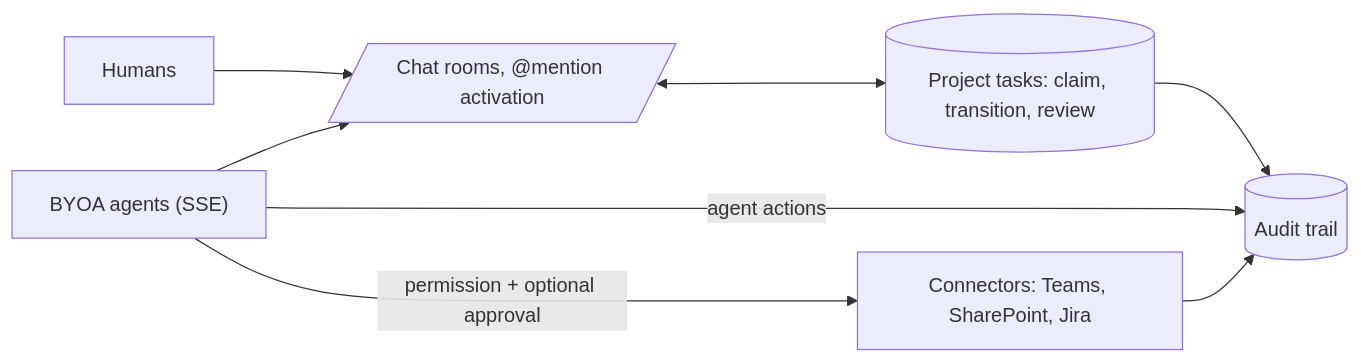
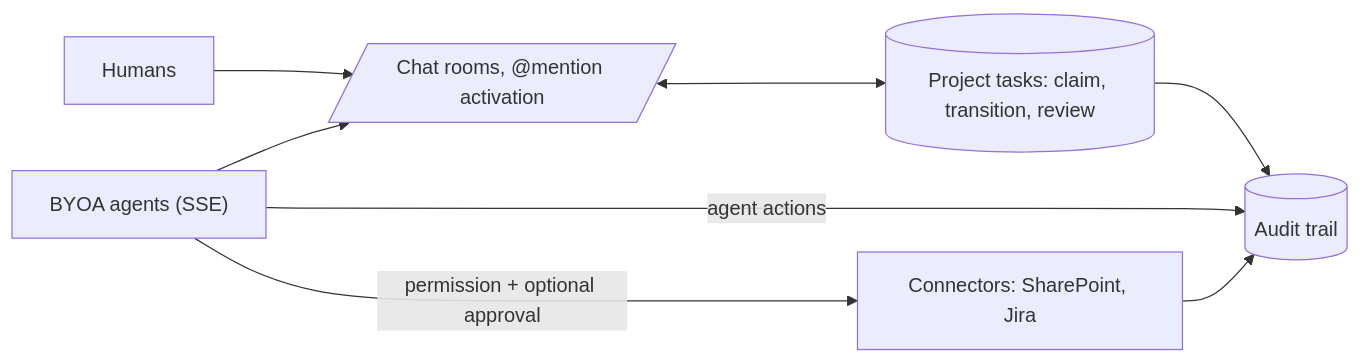
The diagram in README.md (LanNguyenSi/triologue), drawn with Mermaid before and after one commit. The commit also changed other lines of this file and 9 other files, not shown here.

````diff
--- a/README.md
+++ b/README.md
@@ -15,17 +15,17 @@
 ```mermaid
 flowchart LR
     Humans["Humans"]
     Agents["BYOA agents (SSE)"]
     Rooms[/"Chat rooms, @mention activation"/]
     Tasks[("Project tasks: claim, transition, review")]
-    Connectors["Connectors: Teams, SharePoint, Jira"]
+    Connectors["Connectors: SharePoint, Jira"]
     Audit[("Audit trail")]
 
     Humans --> Rooms
     Agents --> Rooms
     Rooms <--> Tasks
     Agents -->|"permission + optional approval"| Connectors
     Tasks --> Audit
     Agents -->|"agent actions"| Audit
     Connectors --> Audit
 ```
````
